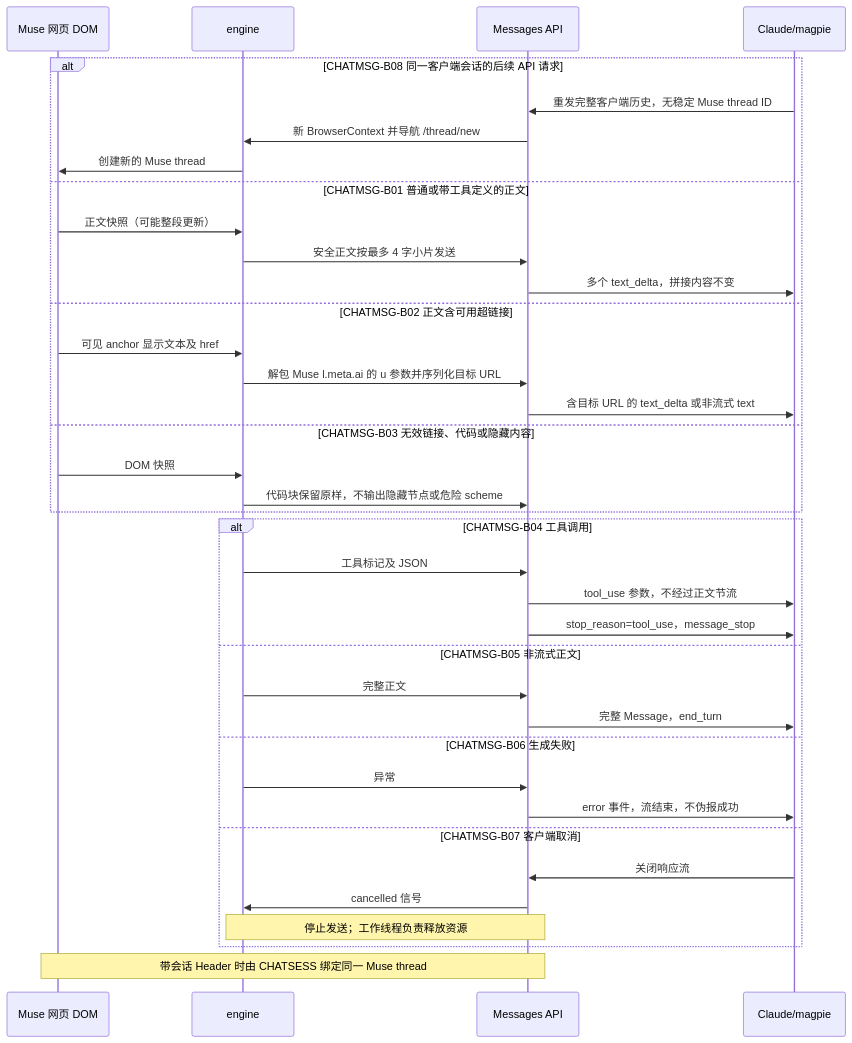
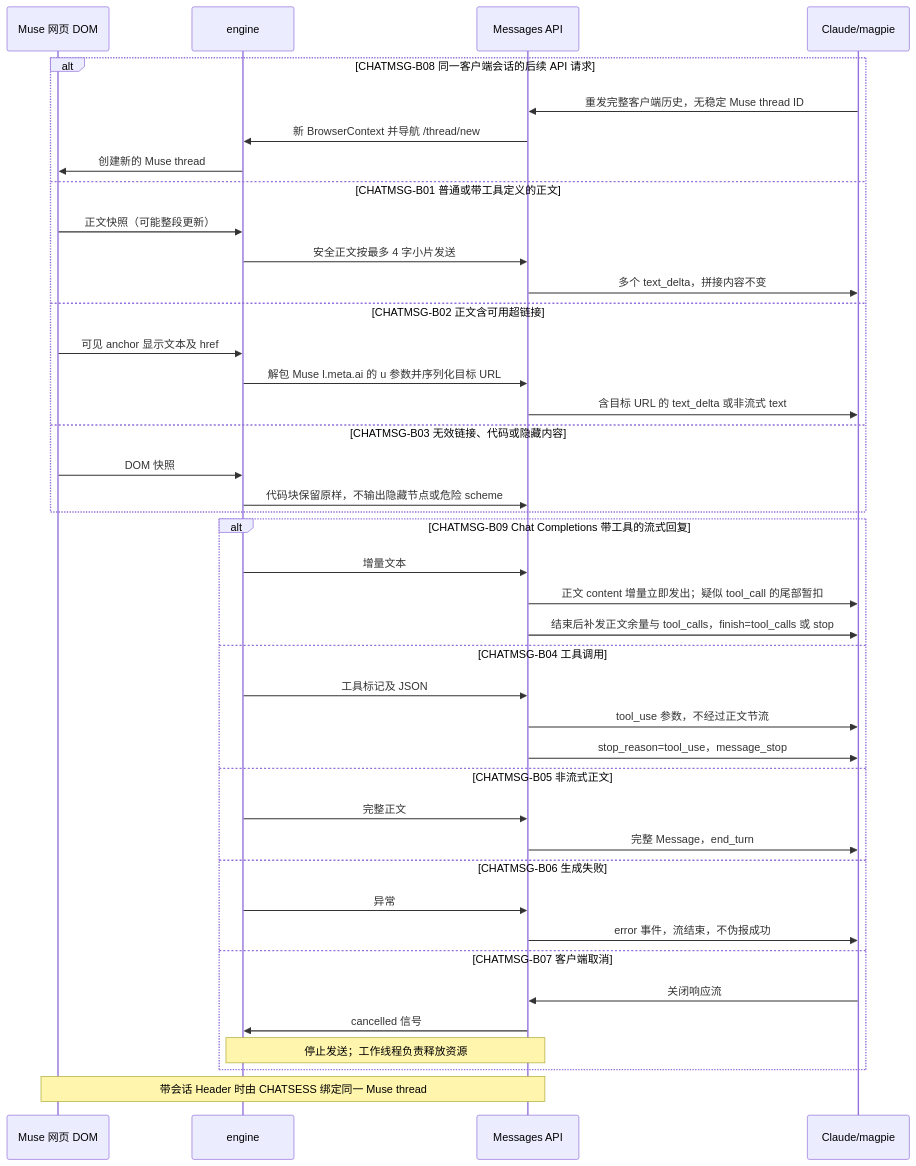
Before and after one commit to joslynSmall/muse2api: the diagram in docs/flows/chat-api/chatmsg.md, drawn with Mermaid. The commit also changed other lines of this file and 9 other files, not shown here.

First line of the commit message:
perf(chat): 续轮复用热页面；Chat Completions 带工具时正文流式输出

````diff
--- a/docs/flows/chat-api/chatmsg.md
+++ b/docs/flows/chat-api/chatmsg.md
@@ -23,39 +23,43 @@
 ```mermaid
 sequenceDiagram
     participant W as Muse 网页 DOM
     participant E as engine
     participant A as Messages API
     participant C as Claude/magpie
     alt CHATMSG-B08 同一客户端会话的后续 API 请求
         C->>A: 重发完整客户端历史，无稳定 Muse thread ID
         A->>E: 新 BrowserContext 并导航 /thread/new
         E->>W: 创建新的 Muse thread
     else CHATMSG-B01 普通或带工具定义的正文
         W->>E: 正文快照（可能整段更新）
         E->>A: 安全正文按最多 4 字小片发送
         A->>C: 多个 text_delta，拼接内容不变
     else CHATMSG-B02 正文含可用超链接
         W->>E: 可见 anchor 显示文本及 href
         E->>A: 解包 Muse l.meta.ai 的 u 参数并序列化目标 URL
         A->>C: 含目标 URL 的 text_delta 或非流式 text
     else CHATMSG-B03 无效链接、代码或隐藏内容
         W->>E: DOM 快照
         E->>A: 代码块保留原样，不输出隐藏节点或危险 scheme
     end
-    alt CHATMSG-B04 工具调用
+    alt CHATMSG-B09 Chat Completions 带工具的流式回复
+        E->>A: 增量文本
+        A->>C: 正文 content 增量立即发出；疑似 tool_call 的尾部暂扣
+        A->>C: 结束后补发正文余量与 tool_calls，finish=tool_calls 或 stop
+    else CHATMSG-B04 工具调用
         E->>A: 工具标记及 JSON
         A->>C: tool_use 参数，不经过正文节流
         A->>C: stop_reason=tool_use，message_stop
     else CHATMSG-B05 非流式正文
         E->>A: 完整正文
         A->>C: 完整 Message，end_turn
     else CHATMSG-B06 生成失败
         E->>A: 异常
         A->>C: error 事件，流结束，不伪报成功
     else CHATMSG-B07 客户端取消
         C->>A: 关闭响应流
         A->>E: cancelled 信号
         Note over A,E: 停止发送；工作线程负责释放资源
     end
     Note over A,W: 带会话 Header 时由 CHATSESS 绑定同一 Muse thread
 ```
````
